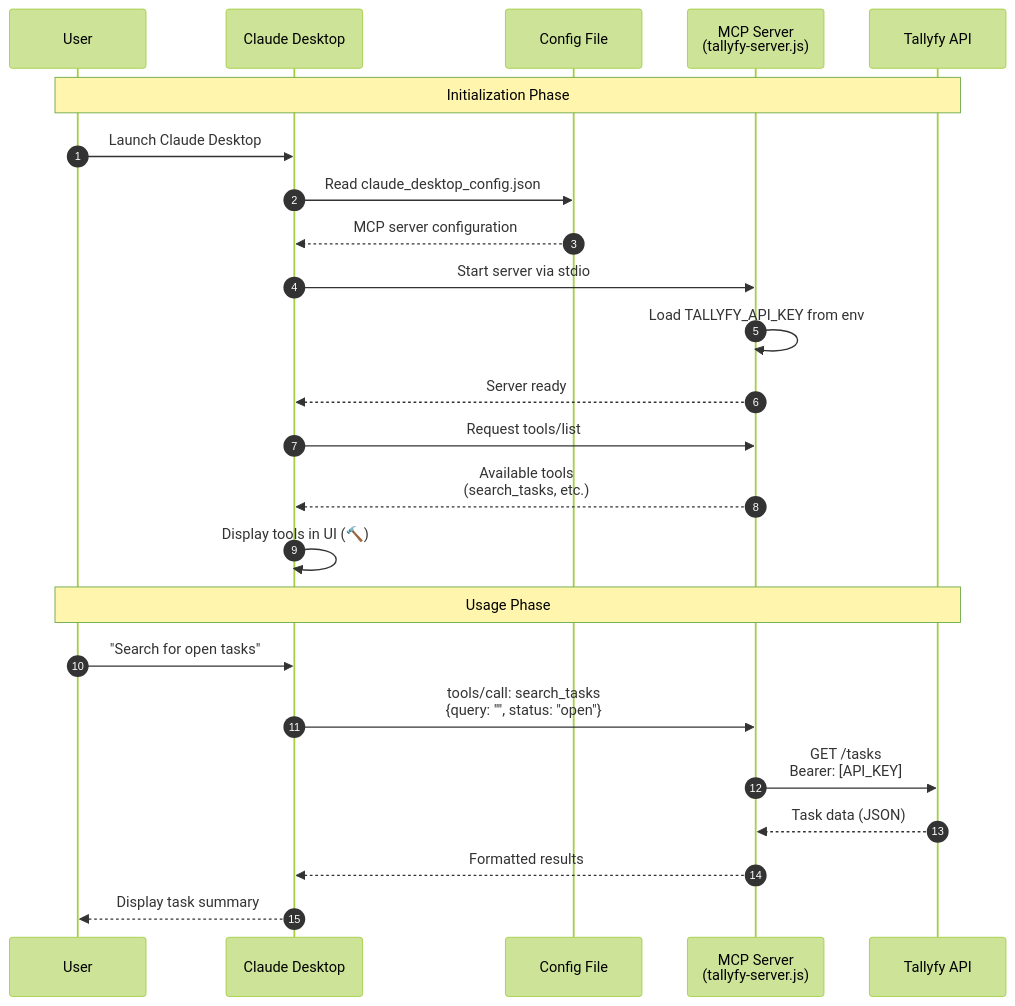
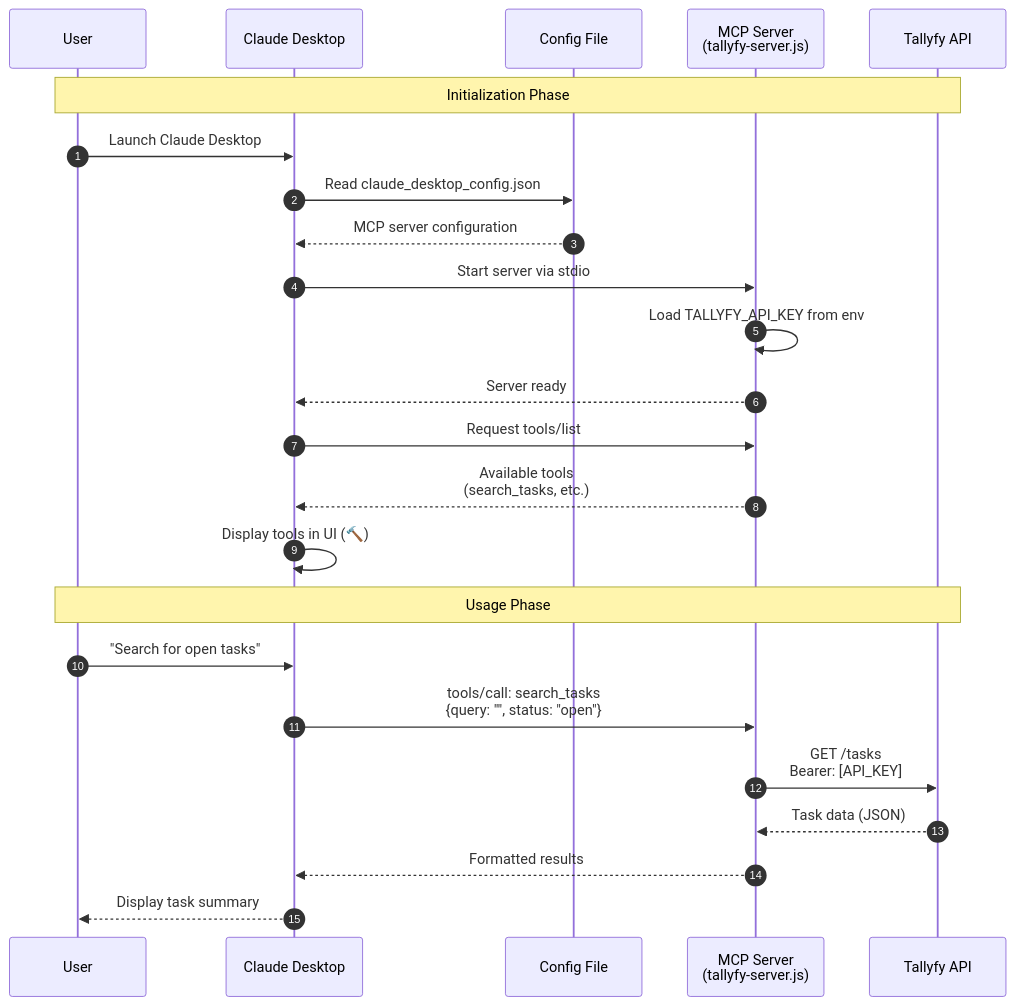
The diagram in src/content/docs/pro/integrations/mcp-server/claude-anthropic/index.mdx (tallyfy/documentation), drawn with Mermaid before and after one commit. The commit also changed other lines of this file and 18 other files, not shown here.

````diff
--- a/src/content/docs/pro/integrations/mcp-server/claude-anthropic/index.mdx
+++ b/src/content/docs/pro/integrations/mcp-server/claude-anthropic/index.mdx
@@ -40,32 +42,31 @@
 ```mermaid
-%%{init: {'theme':'forest'}}%%
 sequenceDiagram
     autonumber
     participant User
     participant Claude as Claude Desktop
     participant Config as Config File
     participant MCP as MCP Server<br/>(tallyfy-server.js)
     participant API as Tallyfy API
     
     Note over User,API: Initialization Phase
     
     User->>Claude: Launch Claude Desktop
     Claude->>Config: Read claude_desktop_config.json
     Config-->>Claude: MCP server configuration
     Claude->>MCP: Start server via stdio
     MCP->>MCP: Load TALLYFY_API_KEY from env
     MCP-->>Claude: Server ready
     
     Claude->>MCP: Request tools/list
     MCP-->>Claude: Available tools<br/>(search_tasks, etc.)
     Claude->>Claude: Display tools in UI (🔨)
     
     Note over User,API: Usage Phase
     
     User->>Claude: "Search for open tasks"
     Claude->>MCP: tools/call: search_tasks<br/>{query: "", status: "open"}
     MCP->>API: GET /tasks<br/>Bearer: [API_KEY]
     API-->>MCP: Task data (JSON)
     MCP-->>Claude: Formatted results
     Claude-->>User: Display task summary
 ```
````
